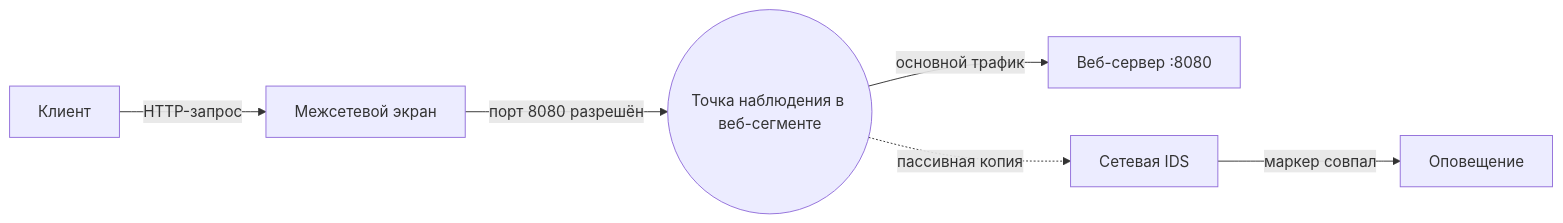
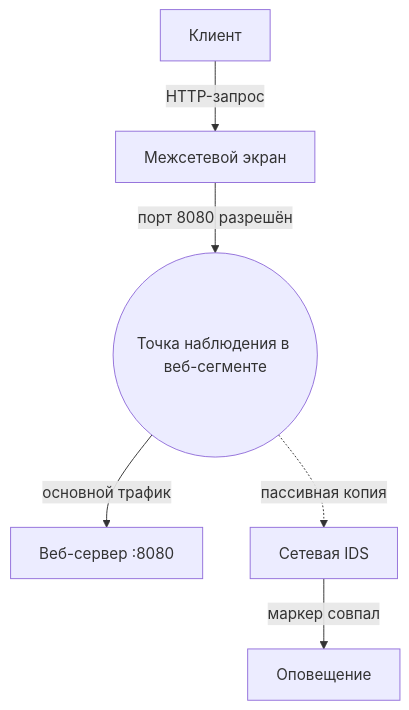
The fourth of 4 diagrams in docs/course/01-intro.md (11ndra/spvo), drawn with Mermaid before and after one commit. The commit also changed other lines of this file and 11 other files, not shown here.

````diff
--- a/docs/course/01-intro.md
+++ b/docs/course/01-intro.md
@@ -410,8 +421,13 @@
 ```mermaid
-flowchart LR
+flowchart TB
     C["Клиент"] -->|HTTP-запрос| F["Межсетевой экран"]
     F -->|порт 8080 разрешён| S(("Точка наблюдения в веб-сегменте"))
     S -->|основной трафик| W["Веб-сервер :8080"]
     S -.->|пассивная копия| N["Сетевая IDS"]
     N -->|маркер совпал| A["Оповещение"]
+    class C,W mm-endpoint
+    class F mm-control
+    class S mm-observation
+    class N mm-sensor
+    class A mm-result
 ```
````
